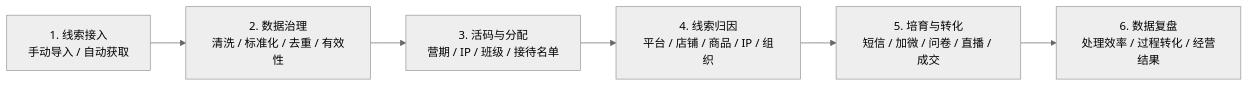
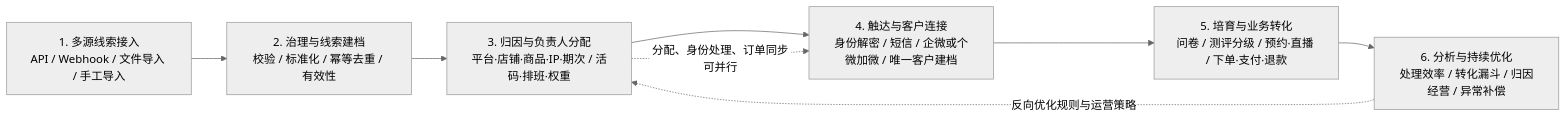
Before and after one commit to freya-pr/heshu-boss-demo: the third of 9 diagrams in docs/product/合数BOSS V1.0线索中心需求文档.md, drawn with Mermaid (neutral theme). The commit also changed other lines of this file and 26 other files, not shown here.

````diff
--- a/docs/product/合数BOSS V1.0线索中心需求文档.md
+++ b/docs/product/合数BOSS V1.0线索中心需求文档.md
@@ -164,8 +170,10 @@
 ```mermaid
 flowchart LR
-    A["1. 线索接入<br/>手动导入 / 自动获取"] --> B["2. 数据治理<br/>清洗 / 标准化 / 去重 / 有效性"]
-    B --> C["3. 活码与分配<br/>营期 / IP / 班级 / 接待名单"]
-    C --> D["4. 线索归因<br/>平台 / 店铺 / 商品 / IP / 组织"]
-    D --> E["5. 培育与转化<br/>短信 / 加微 / 问卷 / 直播 / 成交"]
-    E --> F["6. 数据复盘<br/>处理效率 / 过程转化 / 经营结果"]
+    A["1. 多源线索接入<br/>API / Webhook / 文件导入 / 手工导入"] --> B["2. 治理与线索建档<br/>校验 / 标准化 / 幂等去重 / 有效性"]
+    B --> C["3. 归因与负责人分配<br/>平台·店铺·商品·IP·期次 / 活码·排班·权重"]
+    C --> D["4. 触达与客户连接<br/>身份解密 / 短信 / 企微或个微加微 / 唯一客户建档"]
+    D --> E["5. 培育与业务转化<br/>问卷 / 测评分级 / 预约·直播 / 下单·支付·退款"]
+    E --> F["6. 分析与持续优化<br/>处理效率 / 转化漏斗 / 归因经营 / 异常补偿"]
+    C -. "分配、身份处理、订单同步可并行" .-> D
+    F -. "反向优化规则与运营策略" .-> C
 ```
````
